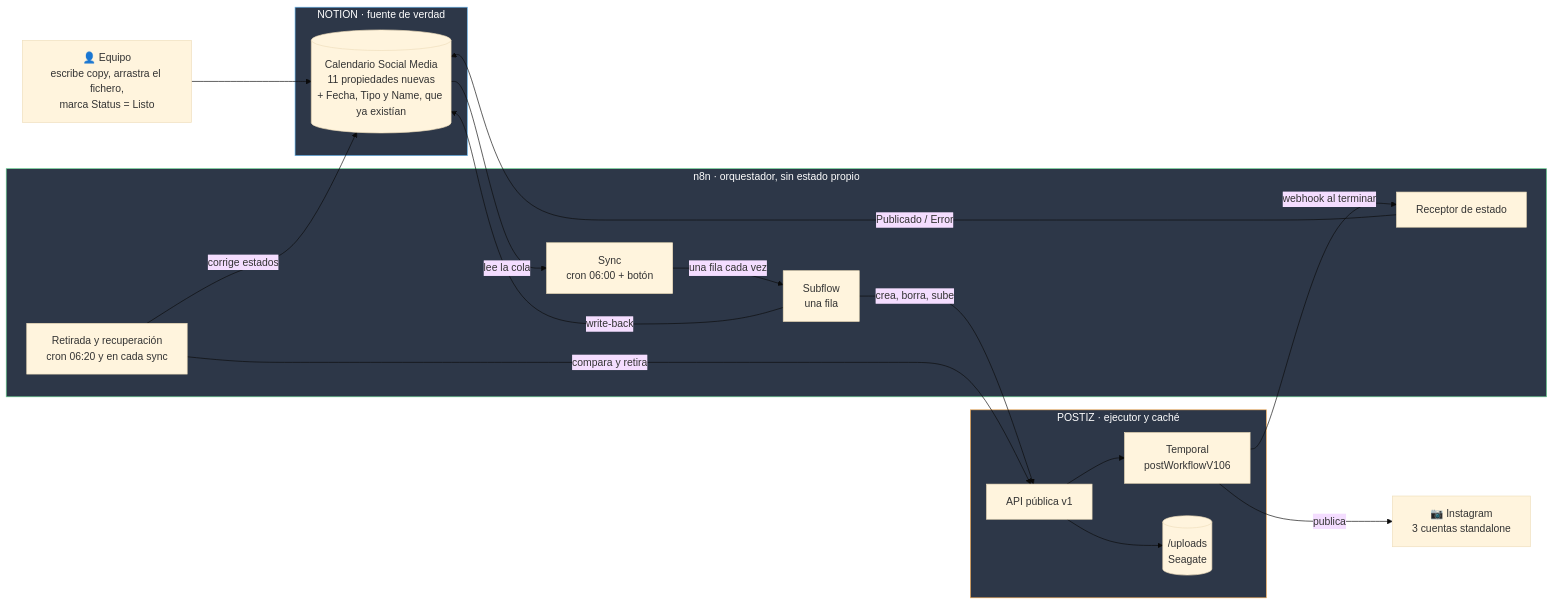
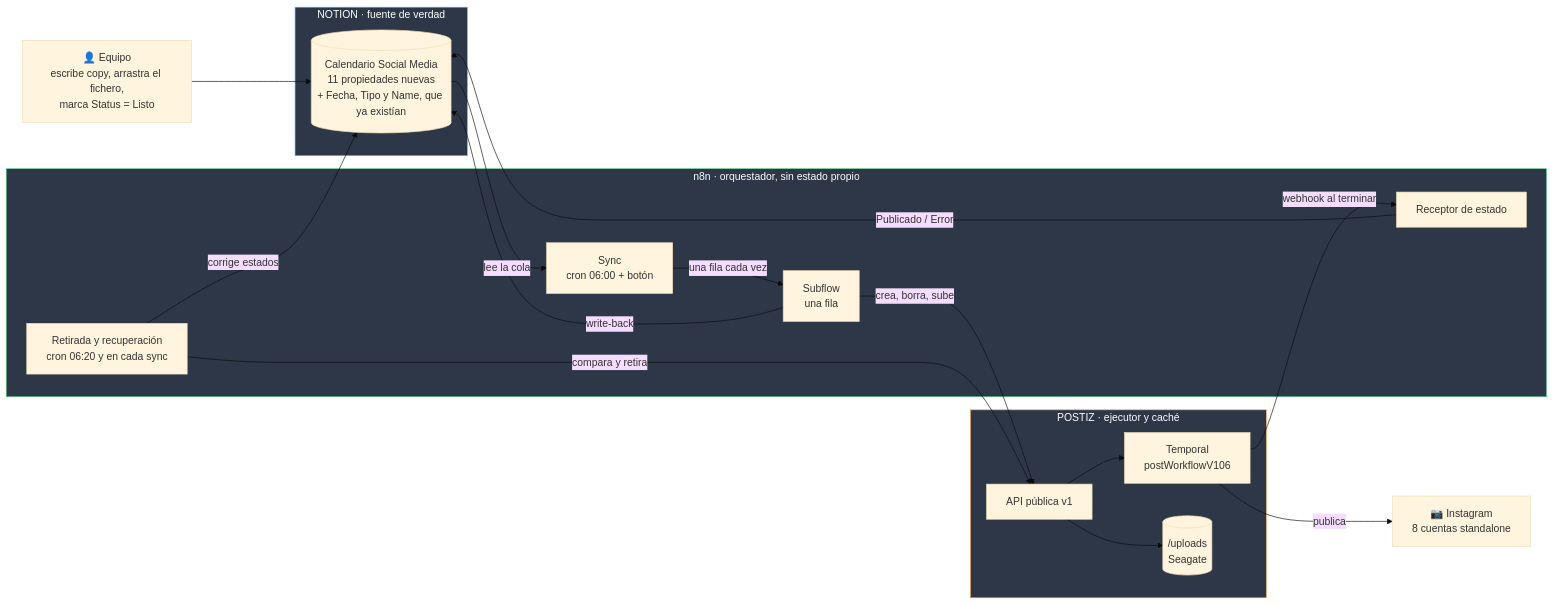
The first of 11 diagrams in docs/architecture/CONTENT_PIPELINE_DIAGRAMS.md (dustin-calderon/postiz-app), drawn with Mermaid (base theme) before and after one commit. The commit also changed other lines of this file and 10 other files, not shown here.

First line of the commit message:
pipeline: 8 cuentas de Instagram, webhook sin filtro y la batería prueba cada cuenta

````diff
--- a/docs/architecture/CONTENT_PIPELINE_DIAGRAMS.md
+++ b/docs/architecture/CONTENT_PIPELINE_DIAGRAMS.md
@@ -22,40 +22,40 @@
 ```mermaid
 flowchart LR
     EQUIPO["👤 Equipo<br/>escribe copy, arrastra el fichero,<br/>marca Status = Listo"]
 
     subgraph NOTION["NOTION · fuente de verdad"]
         CAL[("Calendario Social Media<br/>11 propiedades nuevas<br/>+ Fecha, Tipo y Name, que ya existían")]
     end
 
     subgraph N8N["n8n · orquestador, sin estado propio"]
         A["Sync<br/>cron 06:00 + botón"]
         B["Subflow<br/>una fila"]
         D["Retirada y recuperación<br/>cron 06:20 y en cada sync"]
         C["Receptor de estado"]
     end
 
     subgraph POSTIZ["POSTIZ · ejecutor y caché"]
         API["API pública v1"]
         TEMP["Temporal<br/>postWorkflowV106"]
         DISCO[("/uploads<br/>Seagate")]
     end
 
-    IG["📷 Instagram<br/>3 cuentas standalone"]
+    IG["📷 Instagram<br/>8 cuentas standalone"]
 
     EQUIPO --> CAL
     CAL -->|"lee la cola"| A
     A -->|"una fila cada vez"| B
     B -->|"crea, borra, sube"| API
     B -->|"write-back"| CAL
     D -->|"compara y retira"| API
     D -->|"corrige estados"| CAL
     API --> DISCO
     API --> TEMP
     TEMP -->|"publica"| IG
     TEMP -->|"webhook al terminar"| C
     C -->|"Publicado / Error"| CAL
 
     style NOTION fill:#2d3748,stroke:#63b3ed,color:#fff
     style POSTIZ fill:#2d3748,stroke:#f6ad55,color:#fff
     style N8N fill:#2d3748,stroke:#68d391,color:#fff
 ```
````
